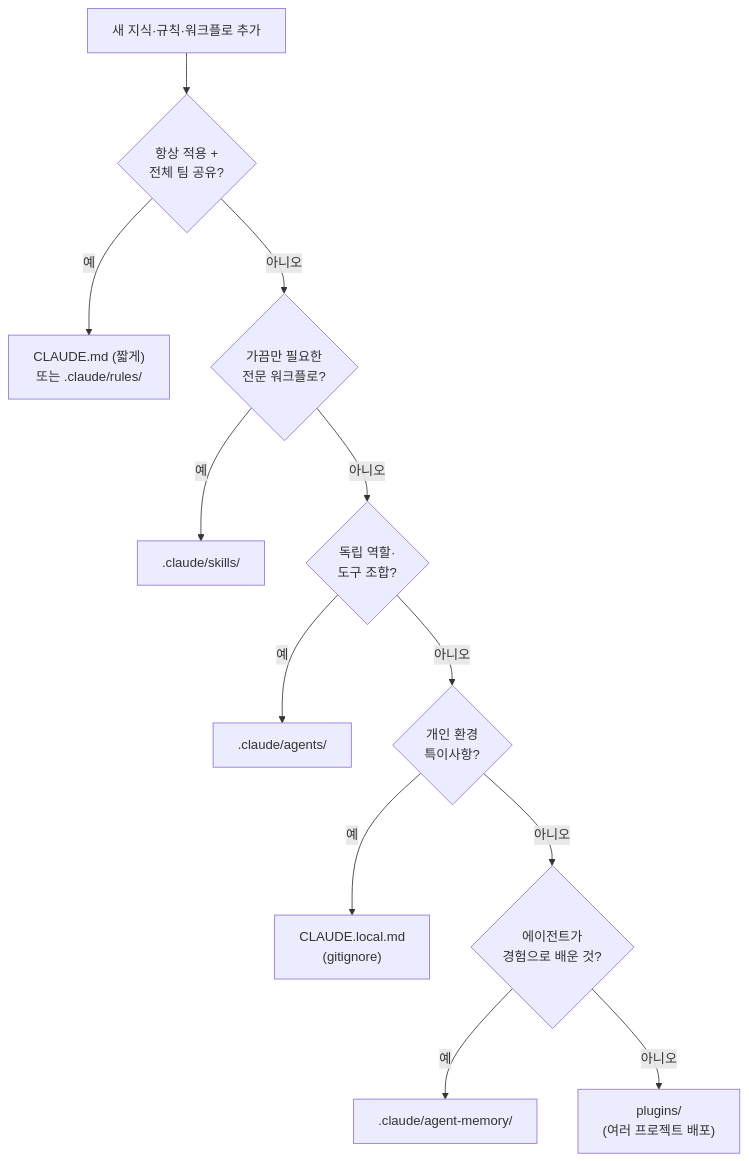
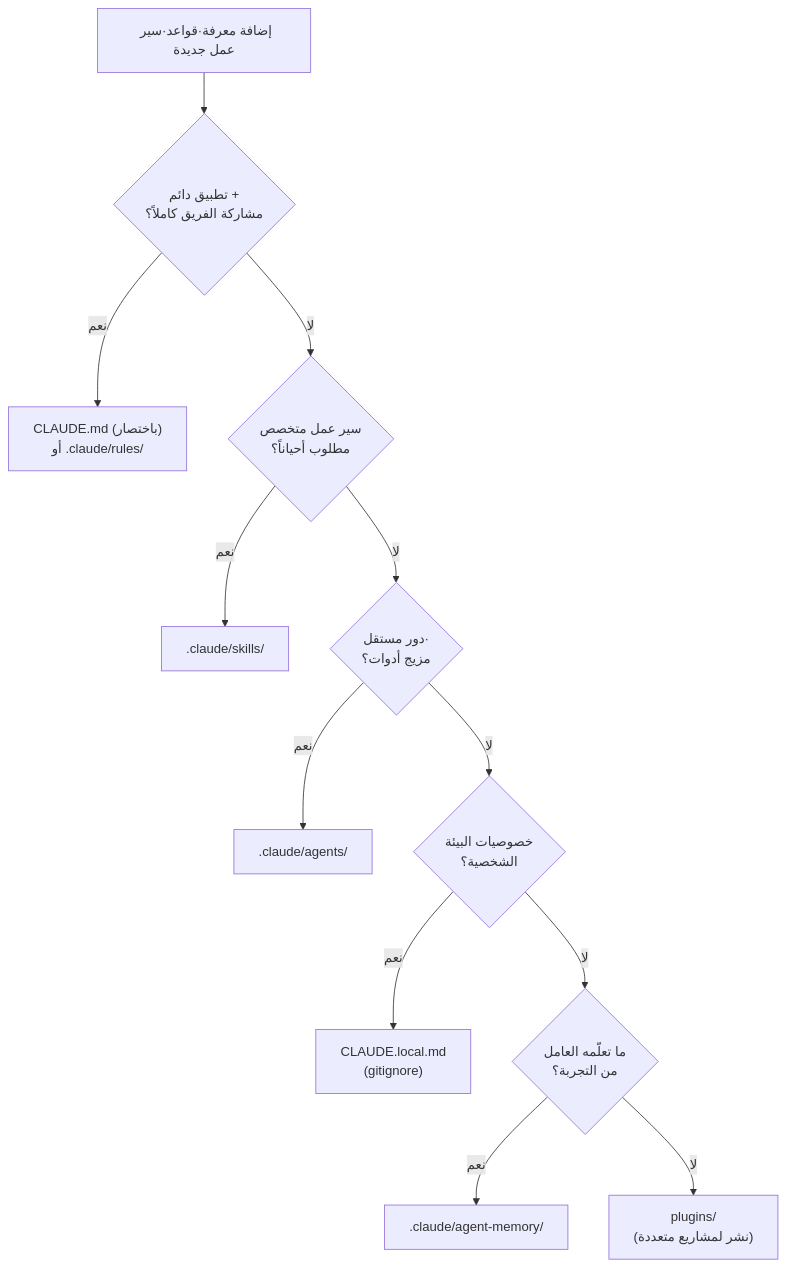
The second of 2 diagrams in _posts/ar/technique/2026-06-27-claude-code-project-anatomy-complete-map.md (ThakiCloud/thakicloud.github.io), drawn with Mermaid before and after one commit. The commit also changed other lines of this file and 21 other files, not shown here.

First line of the commit message:
fix(blog): translate mermaid labels to post language (en/ar)

````diff
--- a/_posts/ar/technique/2026-06-27-claude-code-project-anatomy-complete-map.md
+++ b/_posts/ar/technique/2026-06-27-claude-code-project-anatomy-complete-map.md
@@ -81,15 +81,15 @@
 ```mermaid
 flowchart TB
-    START["새 지식·규칙·워크플로 추가"]
-    START --> Q1{"항상 적용 +<br/>전체 팀 공유?"}
-    Q1 -->|예| CMD["CLAUDE.md (짧게)<br/>또는 .claude/rules/"]
-    Q1 -->|아니오| Q2{"가끔만 필요한<br/>전문 워크플로?"}
-    Q2 -->|예| SK[".claude/skills/"]
-    Q2 -->|아니오| Q3{"독립 역할·<br/>도구 조합?"}
-    Q3 -->|예| AG[".claude/agents/"]
-    Q3 -->|아니오| Q4{"개인 환경<br/>특이사항?"}
-    Q4 -->|예| LO["CLAUDE.local.md<br/>(gitignore)"]
-    Q4 -->|아니오| Q5{"에이전트가<br/>경험으로 배운 것?"}
-    Q5 -->|예| ME[".claude/agent-memory/"]
-    Q5 -->|아니오| PL["plugins/<br/>(여러 프로젝트 배포)"]
+    START["إضافة معرفة·قواعد·سير عمل جديدة"]
+    START --> Q1{"تطبيق دائم +<br/>مشاركة الفريق كاملاً؟"}
+    Q1 -->|نعم| CMD["CLAUDE.md (باختصار)<br/>أو .claude/rules/"]
+    Q1 -->|لا| Q2{"سير عمل متخصص<br/>مطلوب أحياناً؟"}
+    Q2 -->|نعم| SK[".claude/skills/"]
+    Q2 -->|لا| Q3{"دور مستقل·<br/>مزيج أدوات؟"}
+    Q3 -->|نعم| AG[".claude/agents/"]
+    Q3 -->|لا| Q4{"خصوصيات البيئة<br/>الشخصية؟"}
+    Q4 -->|نعم| LO["CLAUDE.local.md<br/>(gitignore)"]
+    Q4 -->|لا| Q5{"ما تعلّمه العامل<br/>من التجربة؟"}
+    Q5 -->|نعم| ME[".claude/agent-memory/"]
+    Q5 -->|لا| PL["plugins/<br/>(نشر لمشاريع متعددة)"]
 ```
````
